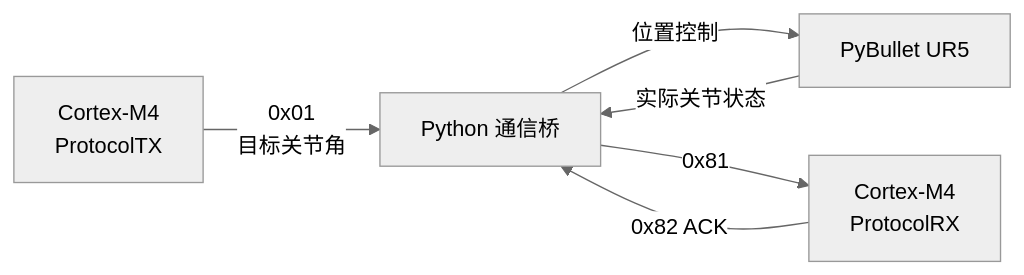
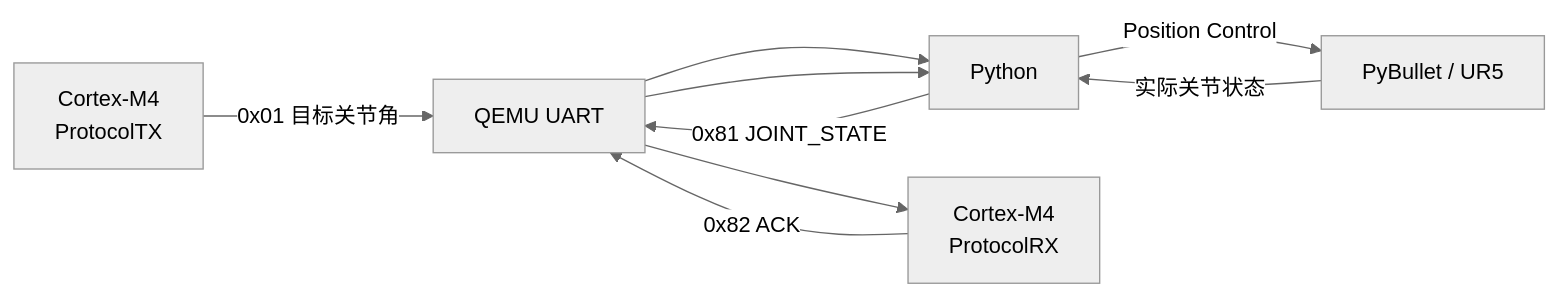
One commit to Lemon-Li-x86/six-axis-robot-motion-control changed the fourth of 4 diagrams in docs/part1/04_env.md. Above: the diagram before and after it, drawn with Mermaid (neutral theme). The commit also changed other lines of this file, not shown here.

````diff
--- a/docs/part1/04_env.md
+++ b/docs/part1/04_env.md
@@ -412,13 +631,19 @@
 ```mermaid
 flowchart LR
     A["Cortex-M4<br/>ProtocolTX"]
-    B["Python 通信桥"]
-    C["PyBullet UR5"]
-    D["Cortex-M4<br/>ProtocolRX"]
+    B["QEMU UART"]
+    C["Python"]
+    D["PyBullet / UR5"]
+    E["Cortex-M4<br/>ProtocolRX"]
 
-    A -->|"0x01<br/>目标关节角"| B
-    B -->|"位置控制"| C
-    C -->|"实际关节状态"| B
-    B -->|"0x81"| D
-    D -->|"0x82 ACK"| B
+    A -->|"0x01 目标关节角"| B
+    B --> C
+    C -->|"Position Control"| D
+
+    D -->|"实际关节状态"| C
+    C -->|"0x81 JOINT_STATE"| B
+    B --> E
+
+    E -->|"0x82 ACK"| B
+    B --> C
 ```
````
